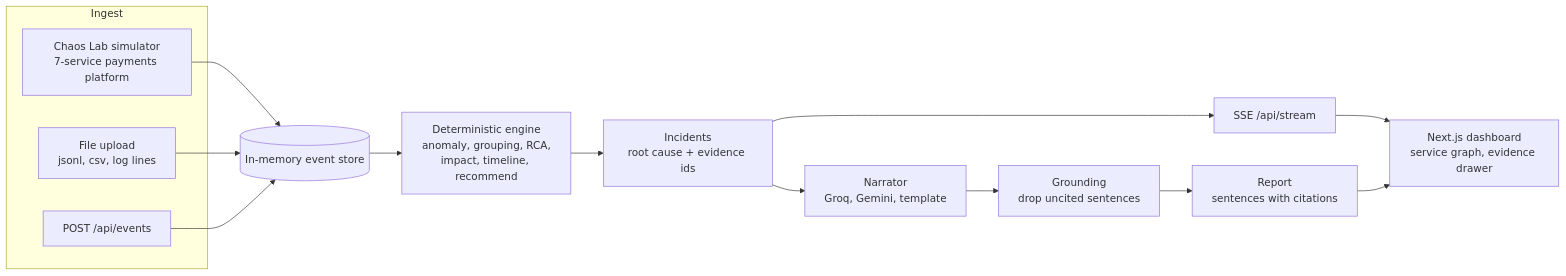
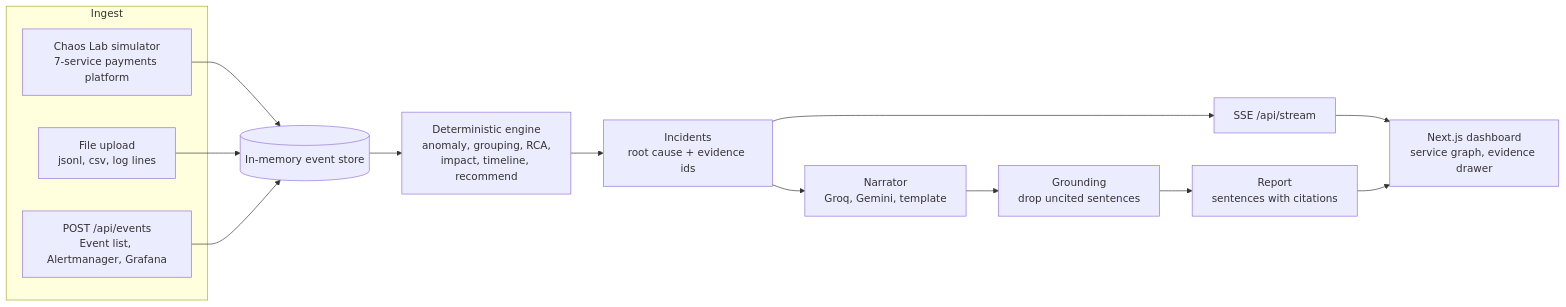
The diagram in README.md (ABUBAK3R-K/NITS-Hacks-9.0-Software-track), drawn with Mermaid before and after one commit. The commit also changed other lines of this file and 88 other files, not shown here.

````diff
--- a/README.md
+++ b/README.md
@@ -17,19 +17,19 @@
 ```mermaid
 flowchart LR
   subgraph Ingest
     SIM[Chaos Lab simulator<br/>7-service payments platform]
     UP[File upload<br/>jsonl, csv, log lines]
-    API[POST /api/events]
+    API[POST /api/events<br/>Event list, Alertmanager, Grafana]
   end
   SIM --> STORE
   UP --> STORE
   API --> STORE
   STORE[(In-memory event store)] --> ENG[Deterministic engine<br/>anomaly, grouping, RCA,<br/>impact, timeline, recommend]
   ENG --> INC[Incidents<br/>root cause + evidence ids]
   INC --> SSE[SSE /api/stream]
   SSE --> UI[Next.js dashboard<br/>service graph, evidence drawer]
   INC --> NAR[Narrator<br/>Groq, Gemini, template]
   NAR --> GR[Grounding<br/>drop uncited sentences]
   GR --> REP[Report<br/>sentences with citations]
   REP --> UI
 ```
````
